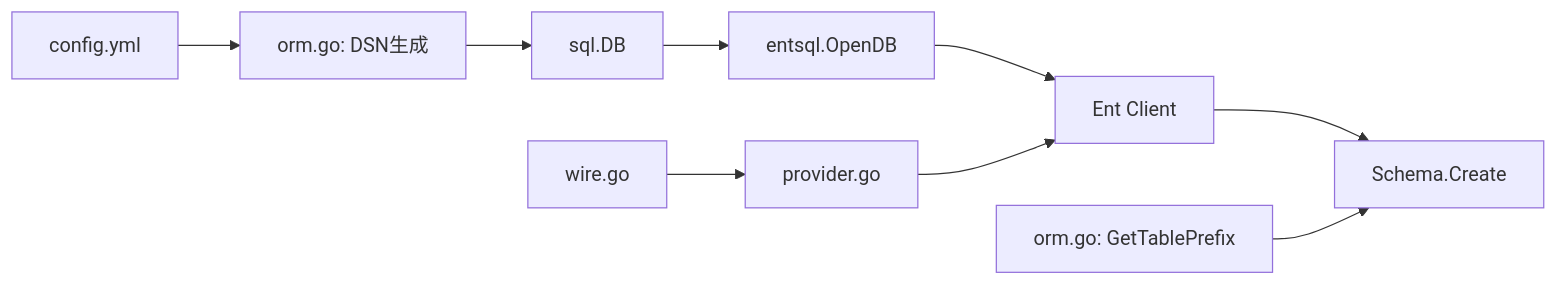
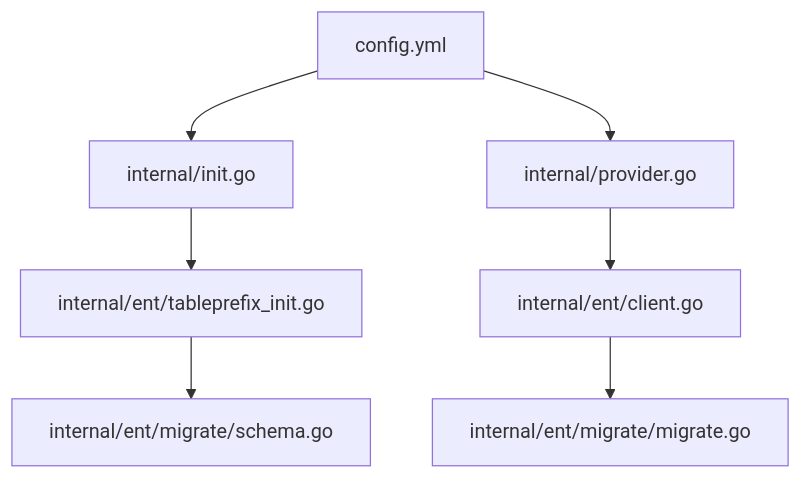
The seventh of 7 diagrams in .qoder/repowiki/zh/content/配置管理/数据库配置.md (wuwuseo/e-sports-go-admin), drawn with Mermaid before and after one commit. The commit also changed other lines of this file and 115 other files, not shown here.

````diff
--- a/.qoder/repowiki/zh/content/配置管理/数据库配置.md
+++ b/.qoder/repowiki/zh/content/配置管理/数据库配置.md
@@ -280,11 +257,9 @@
 ```mermaid
-graph LR
-CFG["config.yml"] --> DSN["orm.go: DSN生成"]
-DSN --> DB["sql.DB"]
-DB --> DRV["entsql.OpenDB"]
-DRV --> ENT["Ent Client"]
-WIRE["wire.go"] --> PROV["provider.go"]
-PROV --> ENT
-ENT --> MIG["Schema.Create"]
-TBL["orm.go: GetTablePrefix"] --> MIG
+graph TB
+CFG["config.yml"] --> INIT["internal/init.go"]
+CFG --> PROVIDER["internal/provider.go"]
+PROVIDER --> ENT["internal/ent/client.go"]
+INIT --> TP["internal/ent/tableprefix_init.go"]
+TP --> SCHEMA["internal/ent/migrate/schema.go"]
+ENT --> MIG["internal/ent/migrate/migrate.go"]
 ```
````
